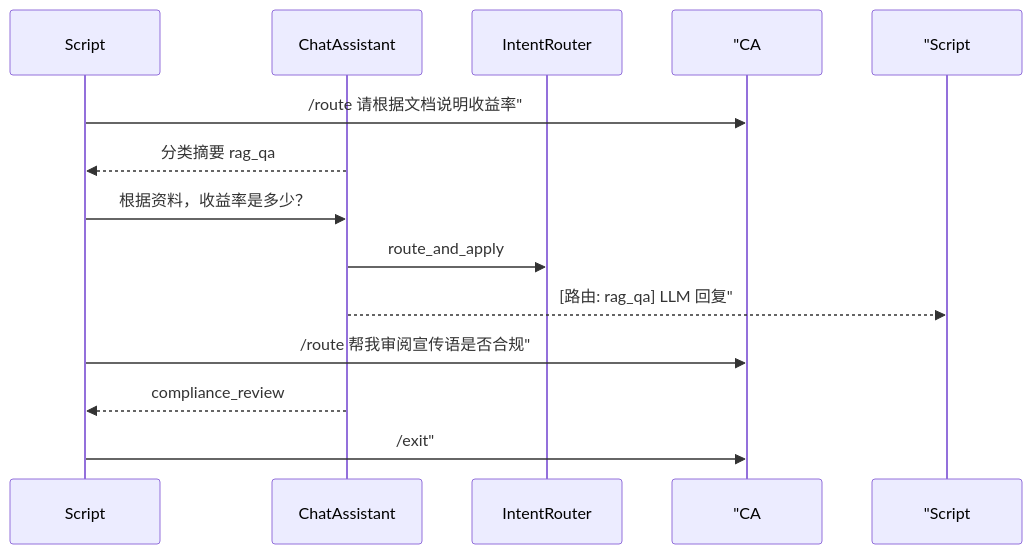
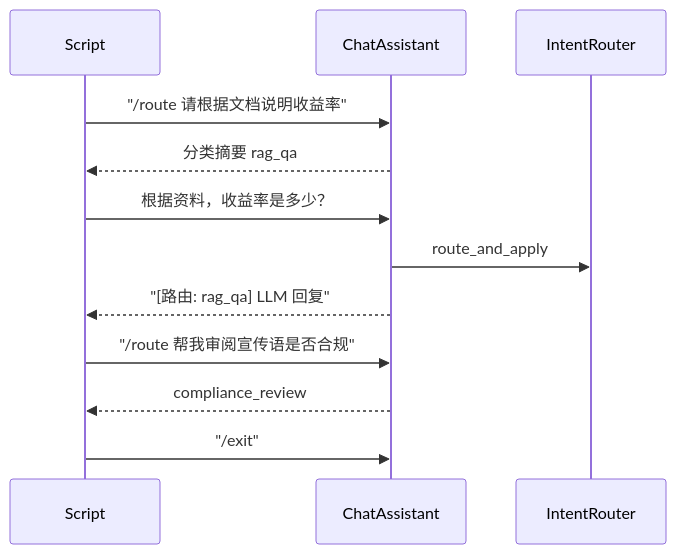
One commit to ab6539763/70_days_course_plus changed the fifth of 6 diagrams in course/day18/04_流程图与示意图.md. Above: the diagram before and after it, drawn with Mermaid. The commit also changed other lines of this file and 80 other files, not shown here.

First line of the commit message:
fix(course): 修复 Mermaid 图表渲染报错 + 同步嵌入代码快照

````diff
--- a/course/day18/04_流程图与示意图.md
+++ b/course/day18/04_流程图与示意图.md
@@ -83,18 +83,18 @@
 ```mermaid
 sequenceDiagram
     participant Script
     participant CA as ChatAssistant
     participant IR as IntentRouter
 
-    Script->> "CA: /route 请根据文档说明收益率"
+    Script->>CA: "/route 请根据文档说明收益率"
     CA-->>Script: 分类摘要 rag_qa
 
     Script->>CA: 根据资料，收益率是多少？
     CA->>IR: route_and_apply
-    CA-->> "Script: [路由: rag_qa] LLM 回复"
+    CA-->>Script: "[路由: rag_qa] LLM 回复"
 
-    Script->> "CA: /route 帮我审阅宣传语是否合规"
+    Script->>CA: "/route 帮我审阅宣传语是否合规"
     CA-->>Script: compliance_review
 
-    Script->> "CA: /exit"
+    Script->>CA: "/exit"
 ```
````
